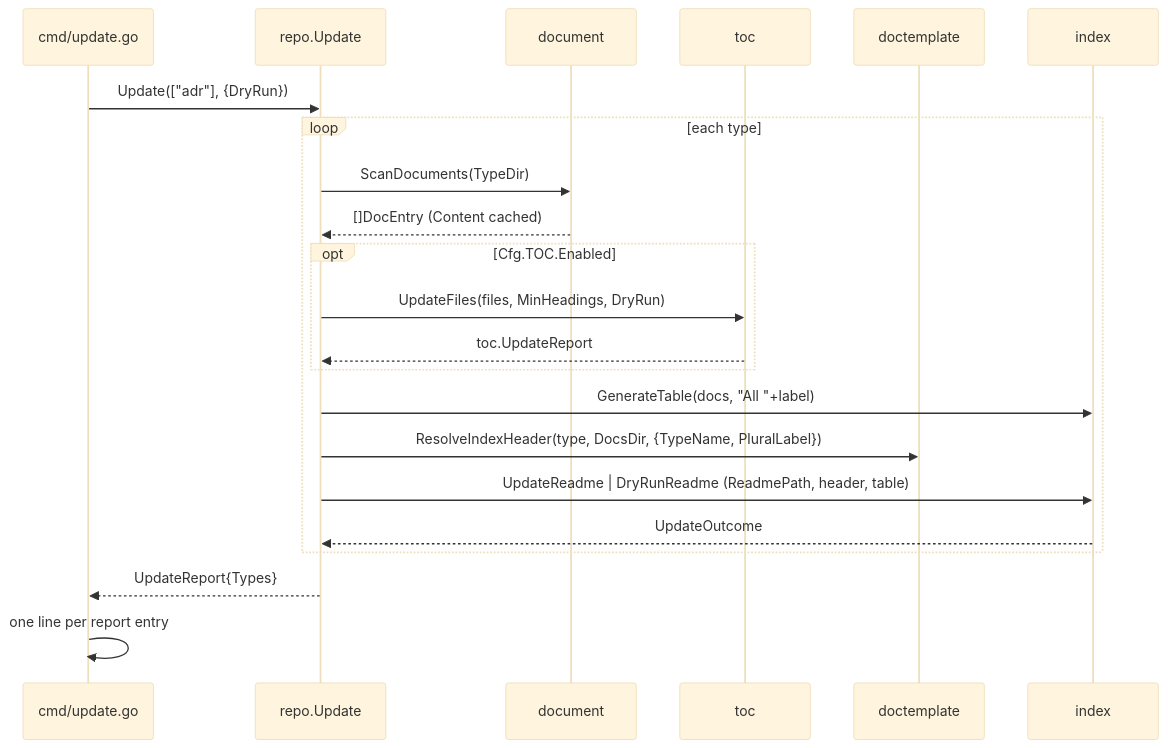
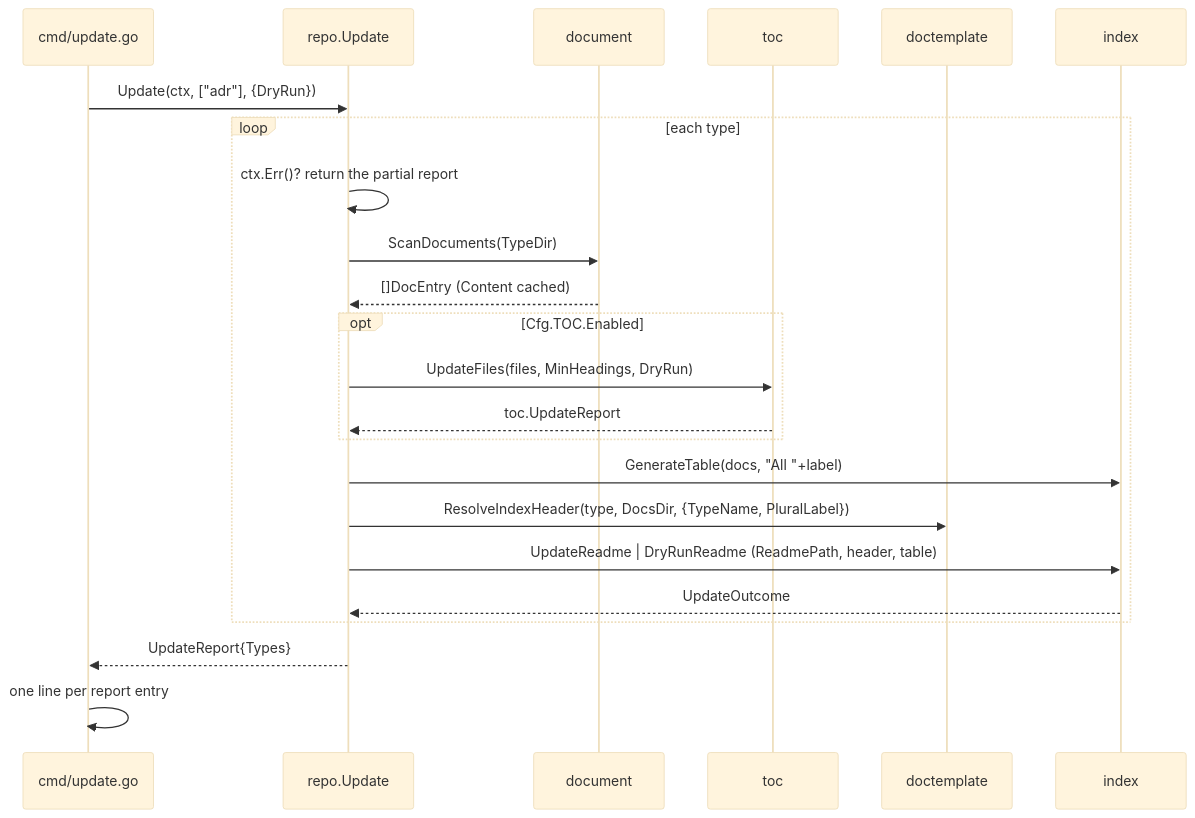
One commit to donaldgifford/docz changed the third of 15 diagrams in docs/design/0014-the-docz-api-as-one-unit-packages-types-functions-and-the-cmd.md. Above: the diagram before and after it, drawn with Mermaid (base theme). The commit also changed other lines of this file and 3 other files, not shown here.

````diff
--- a/docs/design/0014-the-docz-api-as-one-unit-packages-types-functions-and-the-cmd.md
+++ b/docs/design/0014-the-docz-api-as-one-unit-packages-types-functions-and-the-cmd.md
@@ -529,24 +576,25 @@
 ```mermaid
 sequenceDiagram
   participant cmd as cmd/update.go
   participant R as repo.Update
   participant D as document
   participant T as toc
   participant H as doctemplate
   participant X as index
-  cmd->>R: Update(["adr"], {DryRun})
+  cmd->>R: Update(ctx, ["adr"], {DryRun})
   loop each type
+    R->>R: ctx.Err()? return the partial report
     R->>D: ScanDocuments(TypeDir)
     D-->>R: []DocEntry (Content cached)
     opt Cfg.TOC.Enabled
       R->>T: UpdateFiles(files, MinHeadings, DryRun)
       T-->>R: toc.UpdateReport
     end
     R->>X: GenerateTable(docs, "All "+label)
     R->>H: ResolveIndexHeader(type, DocsDir, {TypeName, PluralLabel})
     R->>X: UpdateReadme | DryRunReadme (ReadmePath, header, table)
     X-->>R: UpdateOutcome
   end
   R-->>cmd: UpdateReport{Types}
   cmd->>cmd: one line per report entry
 ```
````
